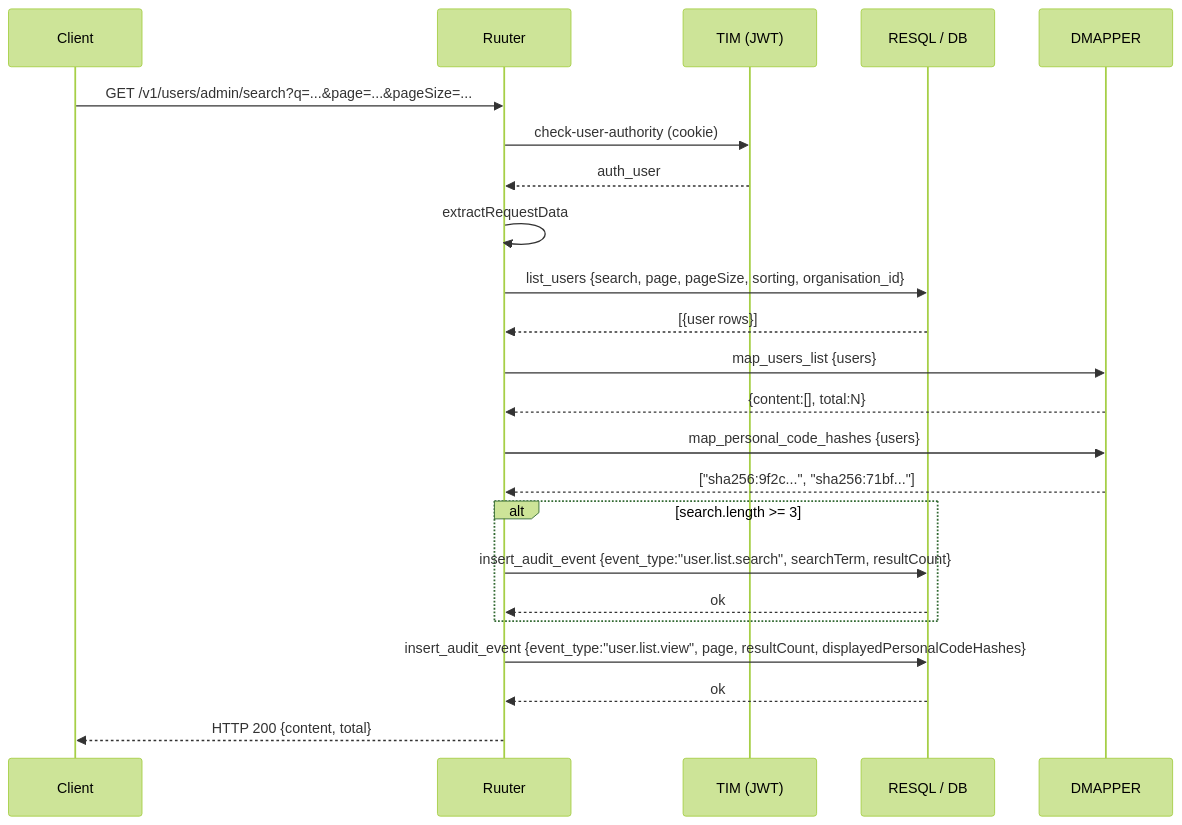
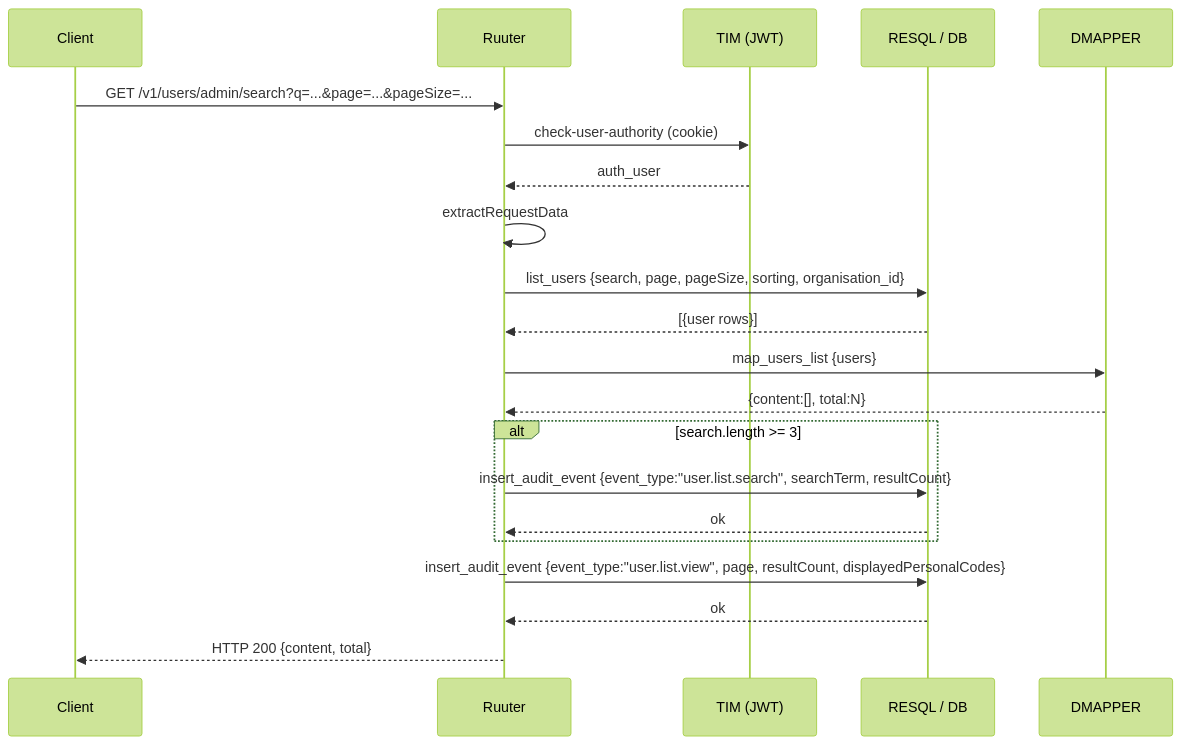
The second of 4 diagrams in docs/audit-logging.md (kemit-ee/ljvis-2), drawn with Mermaid (forest theme) before and after one commit. The commit also changed other lines of this file and 2 other files, not shown here.

Commit message:
docs: align audit-logging, api-endpoints and arhitektuur with actual implementation

````diff
--- a/docs/audit-logging.md
+++ b/docs/audit-logging.md
@@ -203,26 +197,24 @@
 ```mermaid
 sequenceDiagram
     participant K as Client
     participant R as Ruuter
     participant T as TIM (JWT)
     participant DB as RESQL / DB
     participant DM as DMAPPER
 
     K->>R: GET /v1/users/admin/search?q=...&page=...&pageSize=...
     R->>T: check-user-authority (cookie)
     T-->>R: auth_user
     R->>R: extractRequestData
     R->>DB: list_users {search, page, pageSize, sorting, organisation_id}
     DB-->>R: [{user rows}]
     R->>DM: map_users_list {users}
     DM-->>R: {content:[], total:N}
-    R->>DM: map_personal_code_hashes {users}
-    DM-->>R: ["sha256:9f2c...", "sha256:71bf..."]
     alt search.length >= 3
         R->>DB: insert_audit_event {event_type:"user.list.search", searchTerm, resultCount}
         DB-->>R: ok
     end
-    R->>DB: insert_audit_event {event_type:"user.list.view", page, resultCount, displayedPersonalCodeHashes}
+    R->>DB: insert_audit_event {event_type:"user.list.view", page, resultCount, displayedPersonalCodes}
     DB-->>R: ok
     R-->>K: HTTP 200 {content, total}
 ```
````
